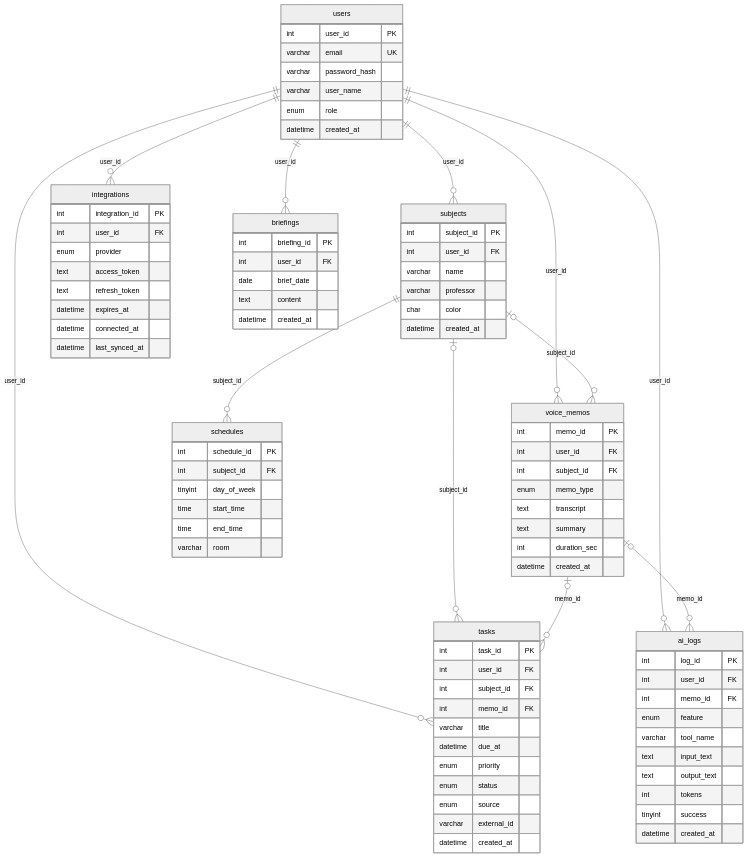
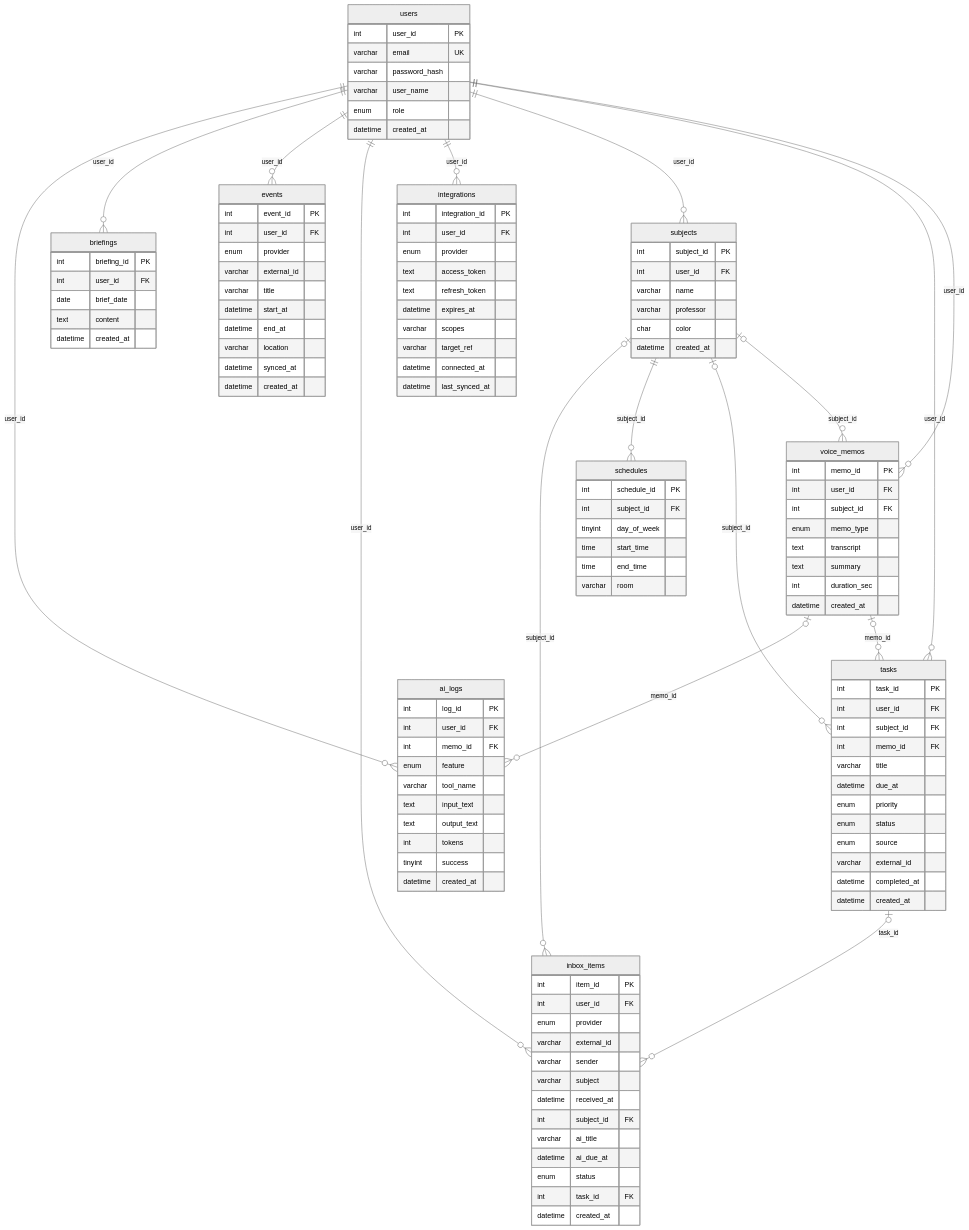
The diagram in docs/ERD.md (gimseungjin60/voice-planner), drawn with Mermaid (neutral theme) before and after one commit. The commit also changed 5 other files, not shown here.

````diff
--- a/docs/ERD.md
+++ b/docs/ERD.md
@@ -3,16 +3,20 @@
 ```mermaid
 erDiagram
+    users ||--o{ ai_logs : "user_id"
+    voice_memos |o--o{ ai_logs : "memo_id"
+    users ||--o{ briefings : "user_id"
+    users ||--o{ events : "user_id"
+    users ||--o{ inbox_items : "user_id"
+    subjects |o--o{ inbox_items : "subject_id"
+    tasks |o--o{ inbox_items : "task_id"
+    users ||--o{ integrations : "user_id"
+    subjects ||--o{ schedules : "subject_id"
     users ||--o{ subjects : "user_id"
-    users ||--o{ integrations : "user_id"
     users ||--o{ tasks : "user_id"
     subjects |o--o{ tasks : "subject_id"
     voice_memos |o--o{ tasks : "memo_id"
-    users ||--o{ ai_logs : "user_id"
-    voice_memos |o--o{ ai_logs : "memo_id"
-    subjects ||--o{ schedules : "subject_id"
     users ||--o{ voice_memos : "user_id"
     subjects |o--o{ voice_memos : "subject_id"
-    users ||--o{ briefings : "user_id"
     ai_logs {
         int log_id PK
         int user_id FK
@@ -32,6 +36,33 @@
         text content
         datetime created_at
     }
+    events {
+        int event_id PK
+        int user_id FK
+        enum provider
+        varchar external_id
+        varchar title
+        datetime start_at
+        datetime end_at
+        varchar location
+        datetime synced_at
+        datetime created_at
+    }
+    inbox_items {
+        int item_id PK
+        int user_id FK
+        enum provider
+        varchar external_id
+        varchar sender
+        varchar subject
+        datetime received_at
+        int subject_id FK
+        varchar ai_title
+        datetime ai_due_at
+        enum status
+        int task_id FK
+        datetime created_at
+    }
     integrations {
         int integration_id PK
         int user_id FK
@@ -39,6 +70,8 @@
         text access_token
         text refresh_token
         datetime expires_at
+        varchar scopes
+        varchar target_ref
         datetime connected_at
         datetime last_synced_at
     }
@@ -69,6 +102,7 @@
         enum status
         enum source
         varchar external_id
+        datetime completed_at
         datetime created_at
     }
     users {
````
